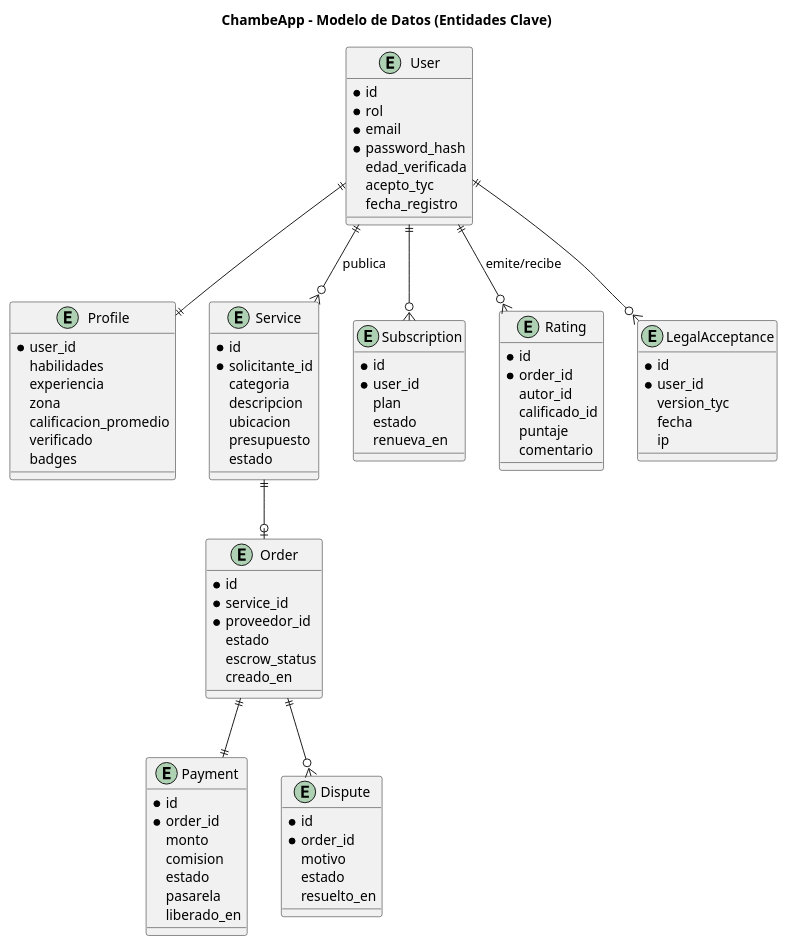
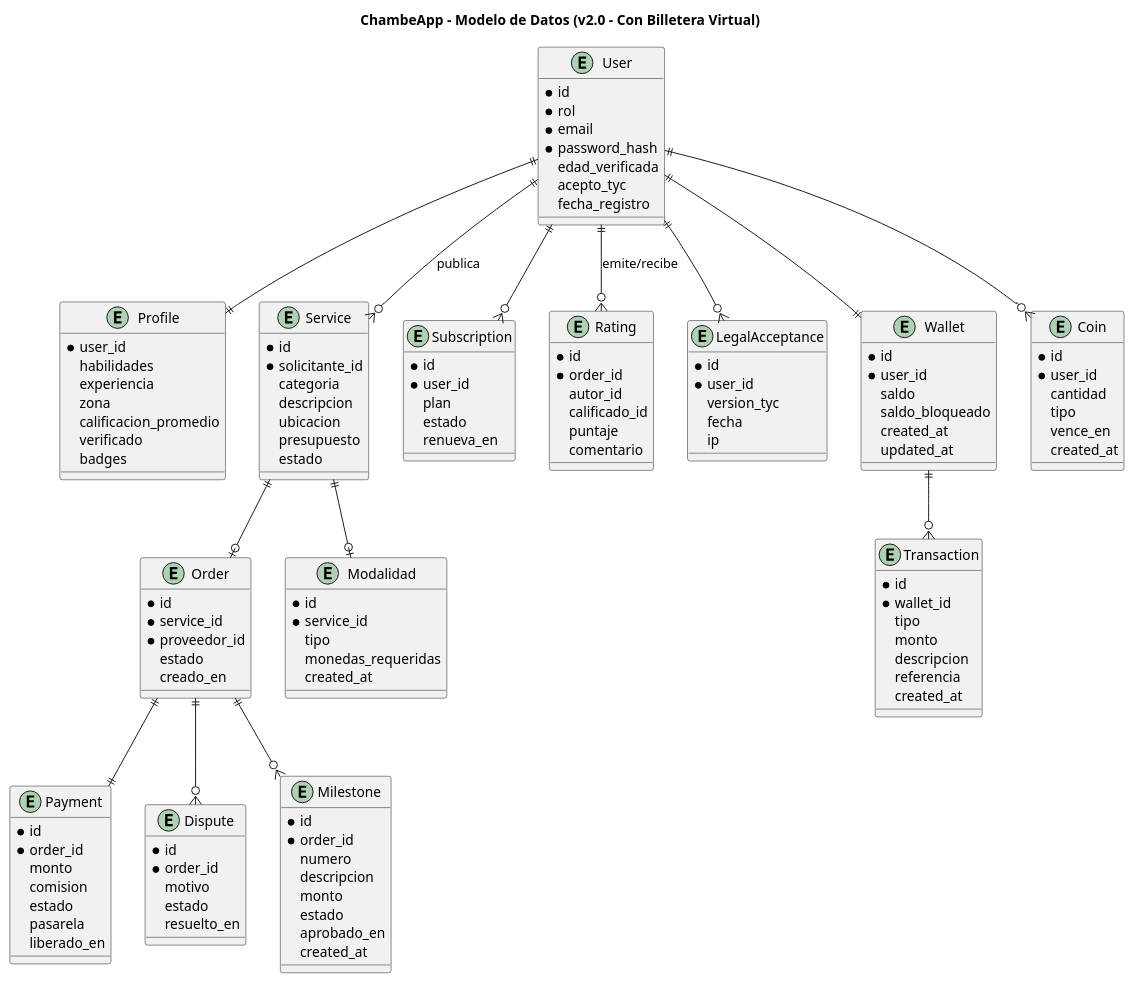
Before and after one commit to jpalacioing98/Chambeapp_Doc: the diagram in Arquitectura/diagramas/04_modelo_datos.puml, drawn with PlantUML. The commit also changed 12 other files, not shown here.

Commit message:
docs: actualización diagramas y documentación monetización

```diff
--- a/Arquitectura/diagramas/04_modelo_datos.puml
+++ b/Arquitectura/diagramas/04_modelo_datos.puml
@@ -1,94 +1,146 @@
 @startuml
-title ChambeApp - Modelo de Datos (Entidades Clave)
+title ChambeApp - Modelo de Datos (v2.0 - Con Billetera Virtual)
 
 entity User {
   * id
   * rol
   * email
   * password_hash
   edad_verificada
   acepto_tyc
   fecha_registro
 }
 
 entity Profile {
   * user_id
   habilidades
   experiencia
   zona
   calificacion_promedio
   verificado
   badges
 }
 
 entity Service {
   * id
   * solicitante_id
   categoria
   descripcion
   ubicacion
   presupuesto
   estado
 }
 
 entity Order {
   * id
   * service_id
   * proveedor_id
   estado
-  escrow_status
   creado_en
 }
 
 entity Payment {
   * id
   * order_id
   monto
   comision
   estado
   pasarela
   liberado_en
 }
 
 entity Subscription {
   * id
   * user_id
   plan
   estado
   renueva_en
 }
 
 entity Rating {
   * id
   * order_id
   autor_id
   calificado_id
   puntaje
   comentario
 }
 
 entity Dispute {
   * id
   * order_id
   motivo
   estado
   resuelto_en
 }
 
 entity LegalAcceptance {
   * id
   * user_id
   version_tyc
   fecha
   ip
 }
 
+entity Wallet {
+  * id
+  * user_id
+  saldo
+  saldo_bloqueado
+  created_at
+  updated_at
+}
+
+entity Coin {
+  * id
+  * user_id
+  cantidad
+  tipo
+  vence_en
+  created_at
+}
+
+entity Transaction {
+  * id
+  * wallet_id
+  tipo
+  monto
+  descripcion
+  referencia
+  created_at
+}
+
+entity Modalidad {
+  * id
+  * service_id
+  tipo
+  monedas_requeridas
+  created_at
+}
+
+entity Milestone {
+  * id
+  * order_id
+  numero
+  descripcion
+  monto
+  estado
+  aprobado_en
+  created_at
+}
+
 User ||--|| Profile
 User ||--o{ Service : "publica"
 User ||--o{ Subscription
 User ||--o{ Rating : "emite/recibe"
+User ||--|| Wallet
+User ||--o{ Coin
 Service ||--o| Order
+Service ||--o| Modalidad
 Order ||--|| Payment
 Order ||--o{ Dispute
+Order ||--o{ Milestone
 User ||--o{ LegalAcceptance
+Wallet ||--o{ Transaction
+
 @enduml
```
